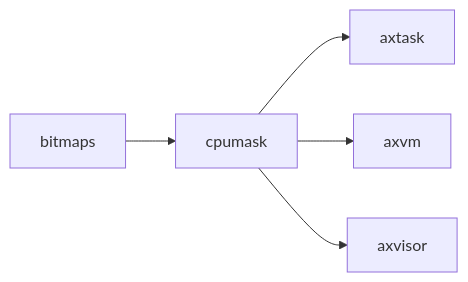
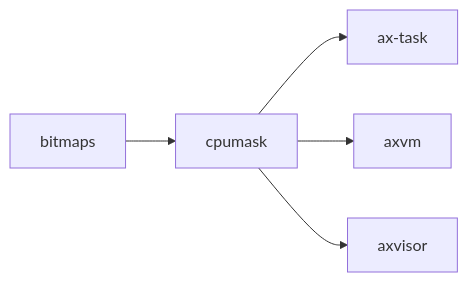
One commit to zKurisu/tgoskits changed the diagram in docs/crates/cpumask.md. Above: the diagram before and after it, drawn with Mermaid. The commit also changed other lines of this file and 133 other files, not shown here.

Commit message:
rename axtask to ax-task

````diff
--- a/docs/crates/cpumask.md
+++ b/docs/crates/cpumask.md
@@ -59,7 +59,7 @@
 ```mermaid
 graph LR
     bitmaps["bitmaps"] --> cpumask["cpumask"]
-    cpumask --> axtask["axtask"]
+    cpumask --> ax-task["ax-task"]
     cpumask --> axvm["axvm"]
     cpumask --> axvisor["axvisor"]
 ```
````
